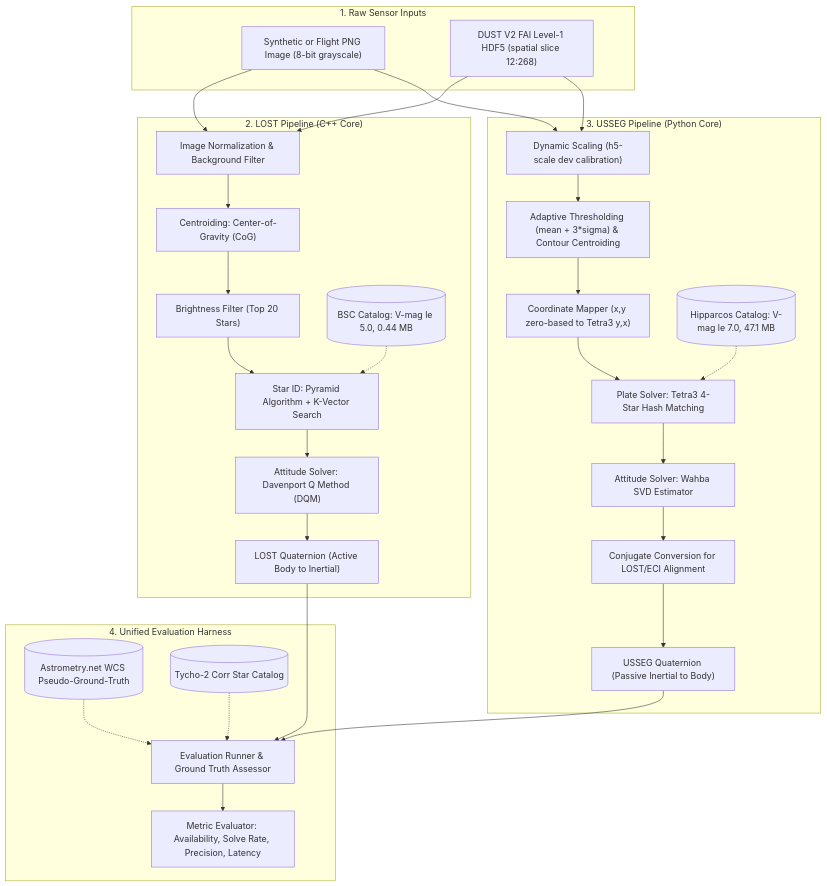
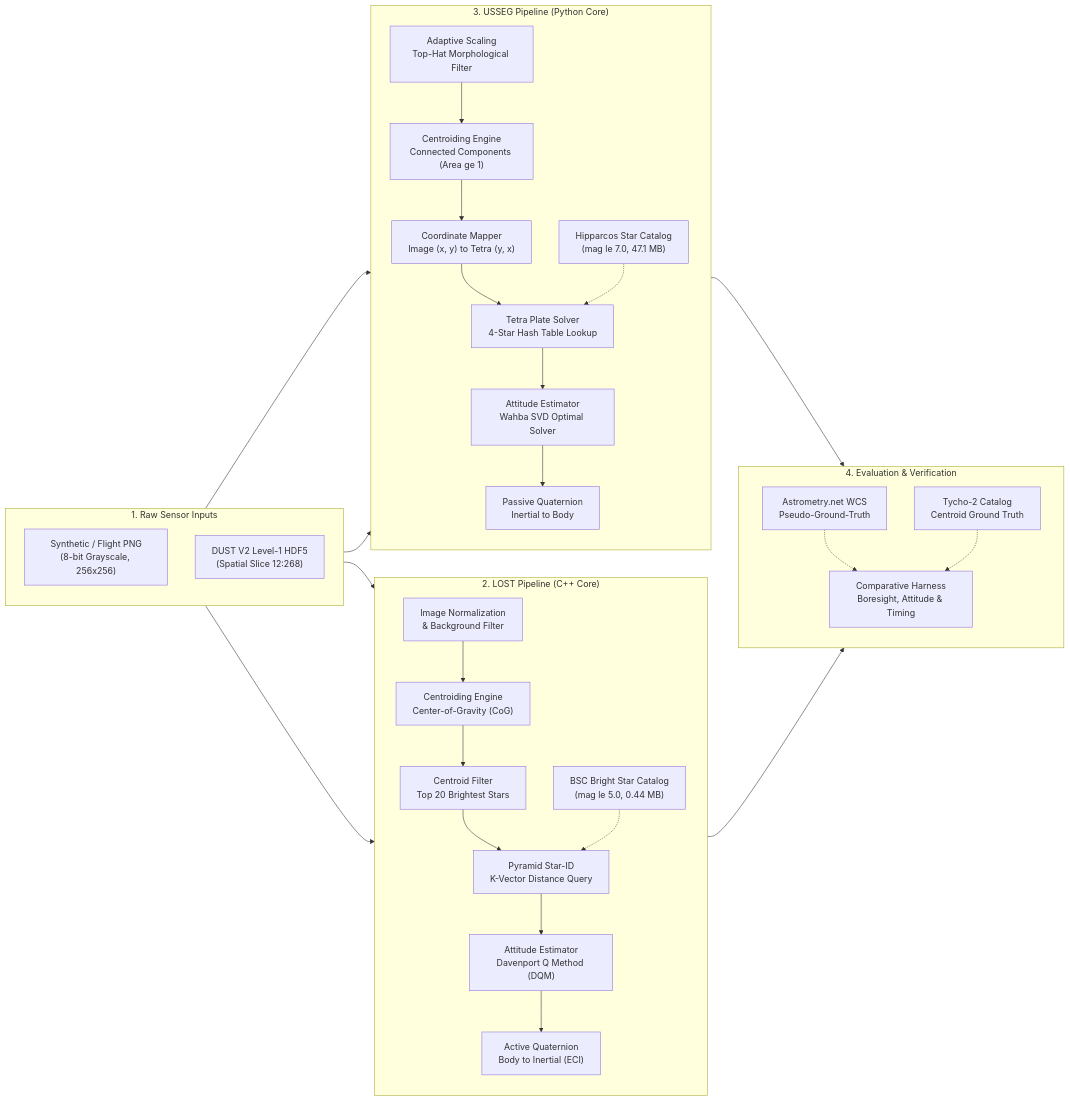
Before and after one commit to itschnmy/usseg_startracker: the first of 4 diagrams in docs/01_system_architecture.md, drawn with Mermaid. The commit also changed other lines of this file and 2 other files, not shown here.

Commit message:
refactor(docs): standardize all mermaid diagrams to high-performance graph LR/TD syntax with balanced layout and zero parse failure

````diff
--- a/docs/01_system_architecture.md
+++ b/docs/01_system_architecture.md
@@ -29,54 +29,58 @@
 ```mermaid
-flowchart TD
-    subgraph Inputs["1. Raw Sensor Inputs"]
-        RAW_PNG["Synthetic or Flight PNG Image (8-bit grayscale)"]
-        RAW_H5["DUST V2 FAI Level-1 HDF5 (spatial slice 12:268)"]
+graph LR
+    subgraph S1["1. Raw Sensor Inputs"]
+        direction TB
+        S1_PNG["Synthetic / Flight PNG<br/>(8-bit Grayscale, 256x256)"]
+        S1_H5["DUST V2 Level-1 HDF5<br/>(Spatial Slice 12:268)"]
     end
 
-    subgraph LOST_Pipe["2. LOST Pipeline (C++ Core)"]
-        L_PRE["Image Normalization & Background Filter"]
-        L_DET["Centroiding: Center-of-Gravity (CoG)"]
-        L_FILTER["Brightness Filter (Top 20 Stars)"]
-        L_ID["Star ID: Pyramid Algorithm + K-Vector Search"]
-        L_CAT[("BSC Catalog: V-mag le 5.0, 0.44 MB")]
-        L_ATT["Attitude Solver: Davenport Q Method (DQM)"]
-        L_OUT["LOST Quaternion (Active Body to Inertial)"]
+    subgraph S2["2. LOST Pipeline (C++ Core)"]
+        direction TB
+        S2_PRE["Image Normalization<br/>& Background Filter"]
+        S2_DET["Centroiding Engine<br/>Center-of-Gravity (CoG)"]
+        S2_FILTER["Centroid Filter<br/>Top 20 Brightest Stars"]
+        S2_ID["Pyramid Star-ID<br/>K-Vector Distance Query"]
+        S2_CAT["BSC Bright Star Catalog<br/>(mag le 5.0, 0.44 MB)"]
+        S2_ATT["Attitude Estimator<br/>Davenport Q Method (DQM)"]
+        S2_OUT["Active Quaternion<br/>Body to Inertial (ECI)"]
+        S2_PRE --> S2_DET
+        S2_DET --> S2_FILTER
+        S2_FILTER --> S2_ID
+        S2_CAT -.-> S2_ID
+        S2_ID --> S2_ATT
+        S2_ATT --> S2_OUT
     end
 
-    subgraph USSEG_Pipe["3. USSEG Pipeline (Python Core)"]
-        U_PRE["Dynamic Scaling (h5-scale dev calibration)"]
-        U_DET["Adaptive Thresholding (mean + 3*sigma) & Contour Centroiding"]
-        U_WRAP["Coordinate Mapper (x,y zero-based to Tetra3 y,x)"]
-        U_ID["Plate Solver: Tetra3 4-Star Hash Matching"]
-        U_CAT[("Hipparcos Catalog: V-mag le 7.0, 47.1 MB")]
-        U_ATT["Attitude Solver: Wahba SVD Estimator"]
-        U_CONV["Conjugate Conversion for LOST/ECI Alignment"]
-        U_OUT["USSEG Quaternion (Passive Inertial to Body)"]
+    subgraph S3["3. USSEG Pipeline (Python Core)"]
+        direction TB
+        S3_PRE["Adaptive Scaling<br/>Top-Hat Morphological Filter"]
+        S3_DET["Centroiding Engine<br/>Connected Components (Area ge 1)"]
+        S3_WRAP["Coordinate Mapper<br/>Image (x, y) to Tetra (y, x)"]
+        S3_ID["Tetra Plate Solver<br/>4-Star Hash Table Lookup"]
+        S3_CAT["Hipparcos Star Catalog<br/>(mag le 7.0, 47.1 MB)"]
+        S3_ATT["Attitude Estimator<br/>Wahba SVD Optimal Solver"]
+        S3_OUT["Passive Quaternion<br/>Inertial to Body"]
+        S3_PRE --> S3_DET
+        S3_DET --> S3_WRAP
+        S3_WRAP --> S3_ID
+        S3_CAT -.-> S3_ID
+        S3_ID --> S3_ATT
+        S3_ATT --> S3_OUT
     end
 
-    subgraph Eval_Harness["4. Unified Evaluation Harness"]
-        HARNESS["Evaluation Runner & Ground Truth Assessor"]
-        WCS_REF[("Astrometry.net WCS Pseudo-Ground-Truth")]
-        CORR_REF[("Tycho-2 Corr Star Catalog")]
-        METRICS["Metric Evaluator: Availability, Solve Rate, Precision, Latency"]
+    subgraph S4["4. Evaluation & Verification"]
+        direction TB
+        S4_WCS["Astrometry.net WCS<br/>Pseudo-Ground-Truth"]
+        S4_CORR["Tycho-2 Catalog<br/>Centroid Ground Truth"]
+        S4_EVAL["Comparative Harness<br/>Boresight, Attitude & Timing"]
+        S4_WCS -.-> S4_EVAL
+        S4_CORR -.-> S4_EVAL
     end
 
-    RAW_PNG --> L_PRE
-    RAW_H5 --> L_PRE
-    RAW_PNG --> U_PRE
-    RAW_H5 --> U_PRE
-
-    L_PRE --> L_DET --> L_FILTER --> L_ID
-    L_CAT -.-> L_ID
-    L_ID --> L_ATT --> L_OUT
-
-    U_PRE --> U_DET --> U_WRAP --> U_ID
-    U_CAT -.-> U_ID
-    U_ID --> U_ATT --> U_CONV --> U_OUT
-
-    L_OUT --> HARNESS
-    U_OUT --> HARNESS
-    WCS_REF -.-> HARNESS
-    CORR_REF -.-> HARNESS
-    HARNESS --> METRICS
+    S1_PNG --> S2_PRE
+    S1_H5 --> S2_PRE
+    S1_PNG --> S3_PRE
+    S1_H5 --> S3_PRE
+    S2_OUT --> S4_EVAL
+    S3_OUT --> S4_EVAL
 ```
````
